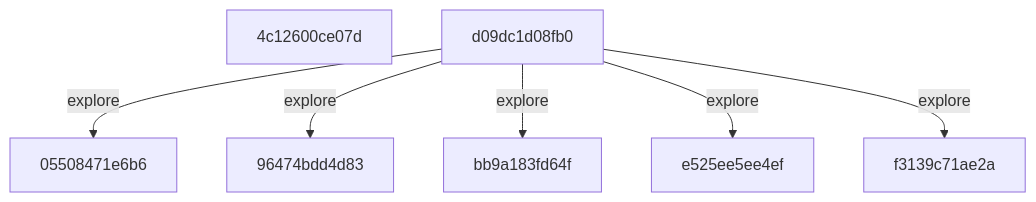
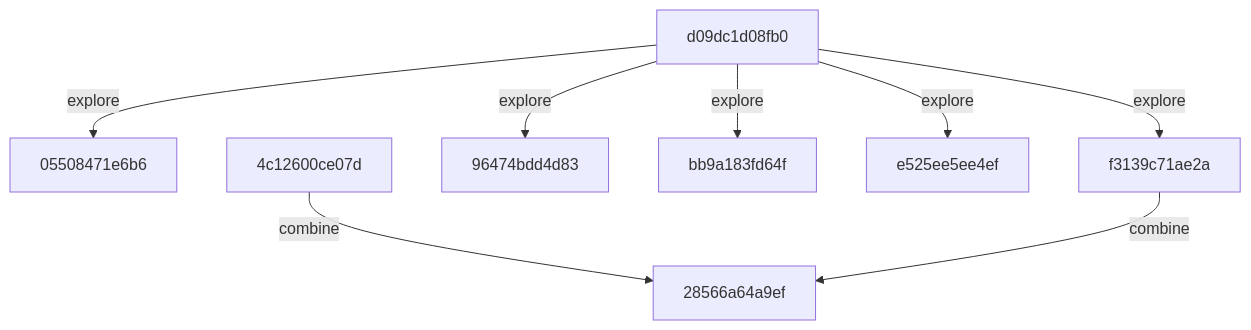
Before and after one commit to timbtz/feyer-search-lab: the diagram in README.md, drawn with Mermaid. The commit also changed other lines of this file and 1 other file, not shown here.

Commit message:
research: timbtz

````diff
--- a/README.md
+++ b/README.md
@@ -23,15 +23,18 @@
 ```mermaid
 graph TD
   c0["05508471e6b6"]
-  c1["4c12600ce07d"]
-  c2["96474bdd4d83"]
-  c3["bb9a183fd64f"]
-  c4["d09dc1d08fb0"]
-  c5["e525ee5ee4ef"]
-  c6["f3139c71ae2a"]
-  c4 -->|explore| c0
-  c4 -->|explore| c2
-  c4 -->|explore| c3
-  c4 -->|explore| c5
-  c4 -->|explore| c6
+  c1["28566a64a9ef"]
+  c2["4c12600ce07d"]
+  c3["96474bdd4d83"]
+  c4["bb9a183fd64f"]
+  c5["d09dc1d08fb0"]
+  c6["e525ee5ee4ef"]
+  c7["f3139c71ae2a"]
+  c2 -->|combine| c1
+  c5 -->|explore| c0
+  c5 -->|explore| c3
+  c5 -->|explore| c4
+  c5 -->|explore| c6
+  c5 -->|explore| c7
+  c7 -->|combine| c1
 ```
````
